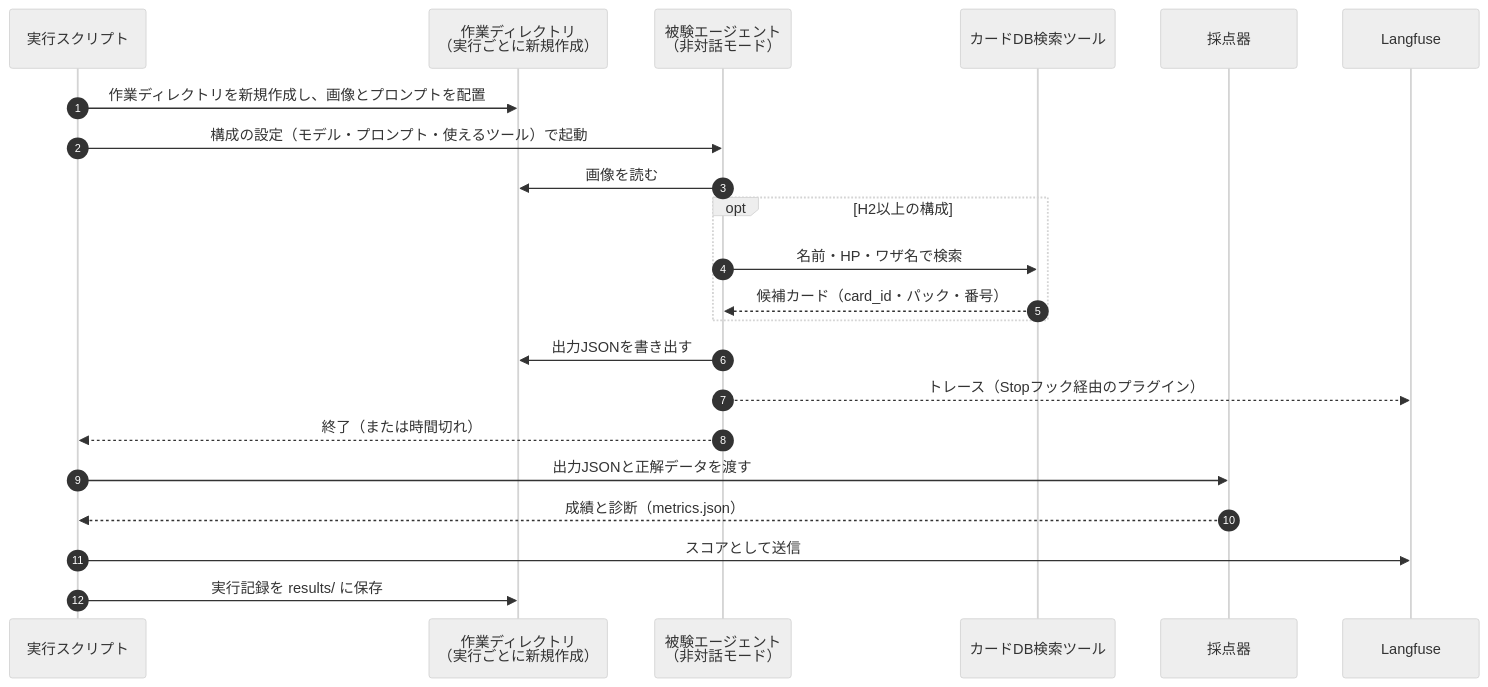
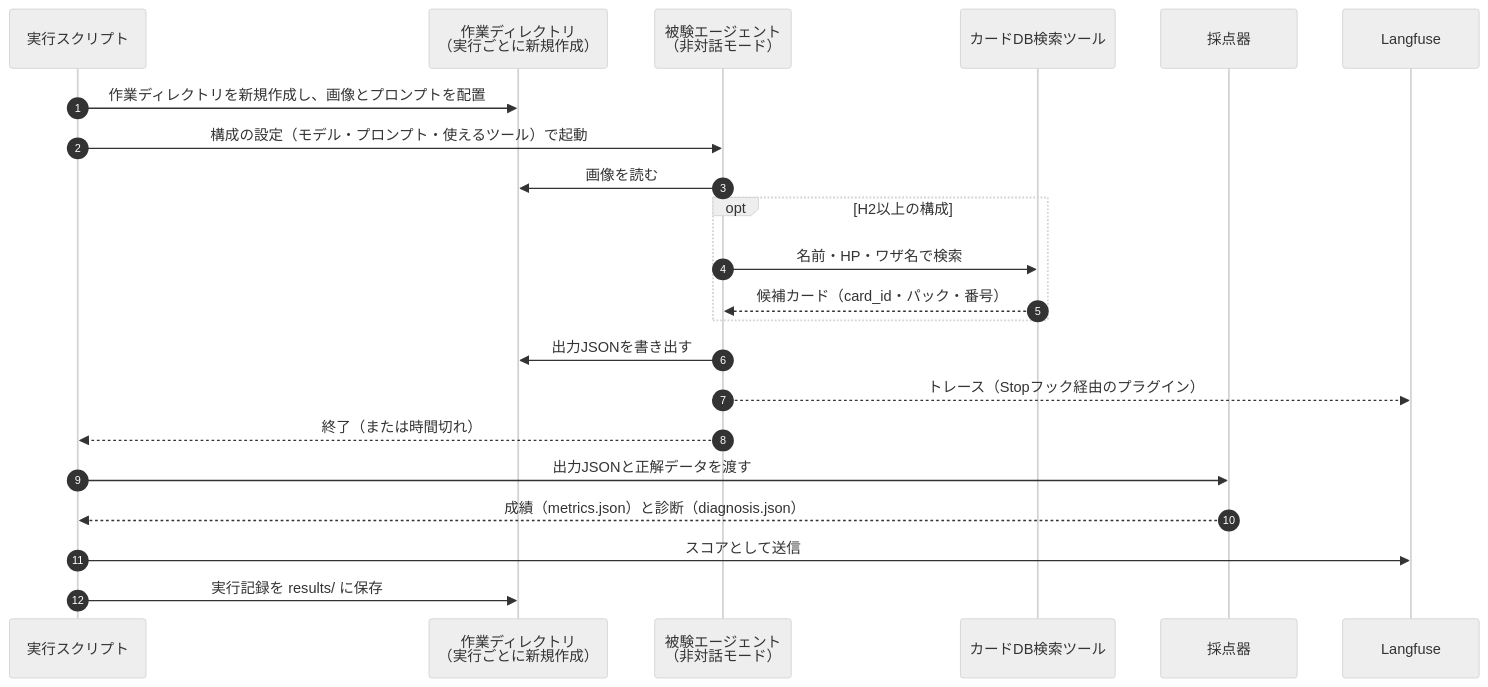
The fourth of 7 diagrams in docs/tcg-buylist-eval-design.md (mgmaru/tcg-buylist-eval), drawn with Mermaid (neutral theme) before and after one commit. The commit also changed other lines of this file and 3 other files, not shown here.

````diff
--- a/docs/tcg-buylist-eval-design.md
+++ b/docs/tcg-buylist-eval-design.md
@@ -242,25 +242,25 @@
 ```mermaid
 sequenceDiagram
     autonumber
     participant R as 実行スクリプト
     participant W as 作業ディレクトリ<br/>（実行ごとに新規作成）
     participant A as 被験エージェント<br/>（非対話モード）
     participant T as カードDB検索ツール
     participant G as 採点器
     participant L as Langfuse
 
     R->>W: 作業ディレクトリを新規作成し、画像とプロンプトを配置
     R->>A: 構成の設定（モデル・プロンプト・使えるツール）で起動
     A->>W: 画像を読む
     opt H2以上の構成
         A->>T: 名前・HP・ワザ名で検索
         T-->>A: 候補カード（card_id・パック・番号）
     end
     A->>W: 出力JSONを書き出す
     A-->>L: トレース（Stopフック経由のプラグイン）
     A-->>R: 終了（または時間切れ）
     R->>G: 出力JSONと正解データを渡す
-    G-->>R: 成績と診断（metrics.json）
+    G-->>R: 成績（metrics.json）と診断（diagnosis.json）
     R->>L: スコアとして送信
     R->>W: 実行記録を results/ に保存
 ```
````
